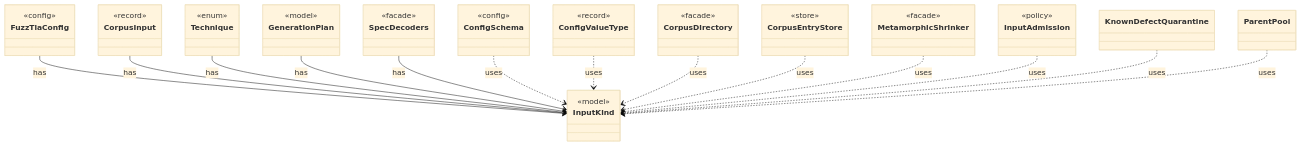
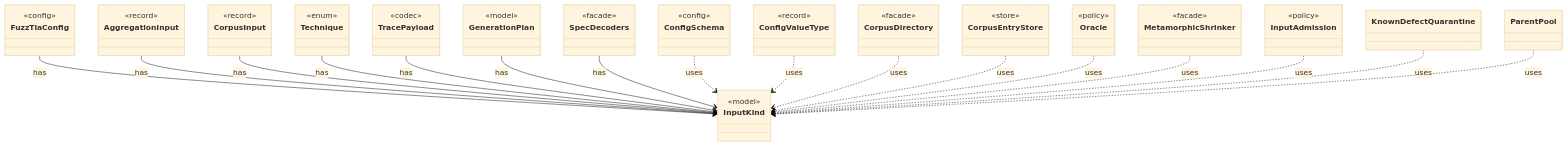
The diagram in dev/types/io.github.tlaplus.hardening.gen.InputKind.md (tlaplus/model-checker-hardening), drawn with Mermaid (base theme) before and after one commit. The commit also changed other lines of this file and 454 other files, not shown here.

````diff
--- a/dev/types/io.github.tlaplus.hardening.gen.InputKind.md
+++ b/dev/types/io.github.tlaplus.hardening.gen.InputKind.md
@@ -7,54 +7,66 @@
 ```mermaid
 classDiagram
   class InputKind {
     <<model>>
   }
   class FuzzTlaConfig {
     <<config>>
   }
+  class AggregationInput {
+    <<record>>
+  }
   class CorpusInput {
     <<record>>
   }
   class Technique {
     <<enum>>
+  }
+  class TracePayload {
+    <<codec>>
   }
   class GenerationPlan {
     <<model>>
   }
   class SpecDecoders {
     <<facade>>
   }
   class ConfigSchema {
     <<config>>
   }
   class ConfigValueType {
     <<record>>
   }
   class CorpusDirectory {
     <<facade>>
   }
   class CorpusEntryStore {
     <<store>>
   }
+  class Oracle {
+    <<policy>>
+  }
   class MetamorphicShrinker {
     <<facade>>
   }
   class InputAdmission {
     <<policy>>
   }
   class KnownDefectQuarantine
   class ParentPool
   FuzzTlaConfig --> InputKind : has
+  AggregationInput --> InputKind : has
   CorpusInput --> InputKind : has
   Technique --> InputKind : has
+  TracePayload --> InputKind : has
   GenerationPlan --> InputKind : has
   SpecDecoders --> InputKind : has
   ConfigSchema ..> InputKind : uses
   ConfigValueType ..> InputKind : uses
   CorpusDirectory ..> InputKind : uses
   CorpusEntryStore ..> InputKind : uses
+  Oracle ..> InputKind : uses
   MetamorphicShrinker ..> InputKind : uses
   InputAdmission ..> InputKind : uses
   KnownDefectQuarantine ..> InputKind : uses
   ParentPool ..> InputKind : uses
 ```
````
